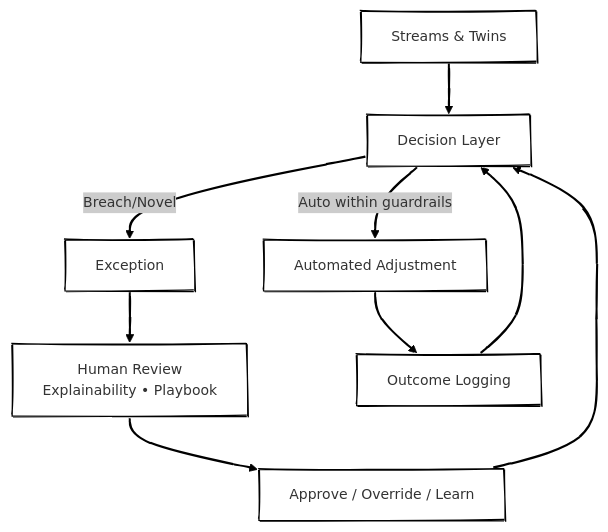
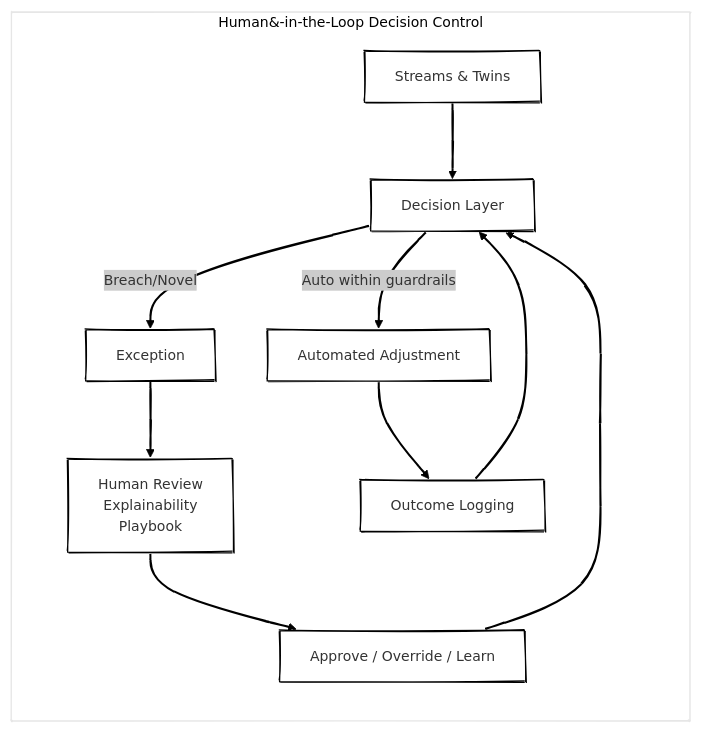
One commit to antomon/antomon.github.io changed the sixth of 8 diagrams in posts/from-planning-to-orchestration-reimagining-enterprise-beyond-S&OP/index.qmd. Above: the diagram before and after it, drawn with Mermaid. The commit also changed other lines of this file and 4 other files, not shown here.

````diff
--- a/posts/from-planning-to-orchestration-reimagining-enterprise-beyond-S&OP/index.qmd
+++ b/posts/from-planning-to-orchestration-reimagining-enterprise-beyond-S&OP/index.qmd
@@ -297,17 +314,20 @@
 ```{mermaid}
-%%| label: control-tower
+%%| label: fig-control-tower
 %%| fig-cap: Control tower by exception, fewer meetings, faster learning
 %%| fig-alt: Exceptions surface to humans; routine adjustments stay automated
 %%| fig-align: "center"
 %%{init: {"theme": "neo", "look": "handDrawn"}}%%
 
-flowchart TD
+flowchart LR
+
+  subgraph HLO[Human&#8209;in#8209;the#8209;Loop&nbsp;Decision&nbsp;Control]
     S["Streams & Twins"] --> D["Decision Layer"]
     D -- Auto within guardrails --> R["Automated Adjustment"]
     D -- Breach/Novel --> X["Exception"]
-    X --> H["Human Review<br>Explainability • Playbook"]
+    X --> H["Human Review<br>Explainability<br/>Playbook"]
     H --> A["Approve / Override / Learn"]
     A --> D
     R --> L["Outcome Logging"]
     L --> D
+  end
 ```
````
